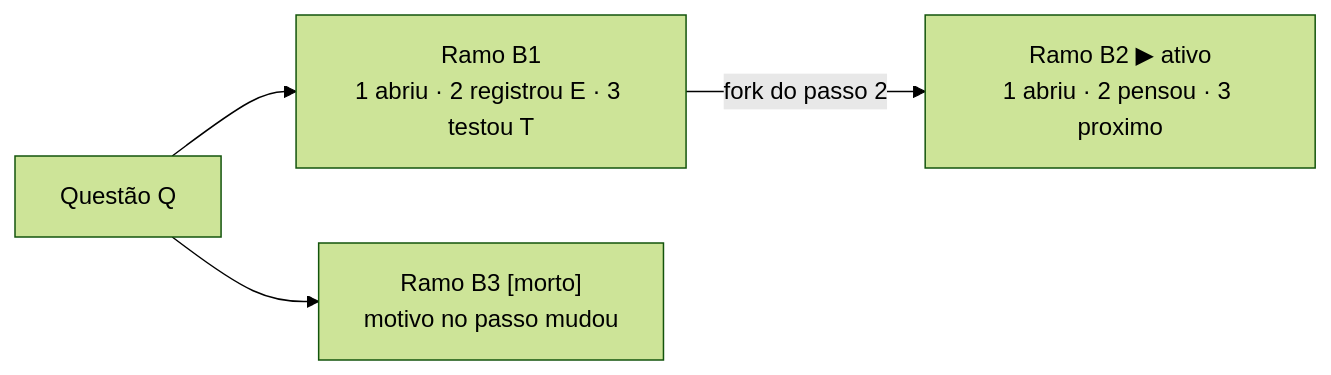
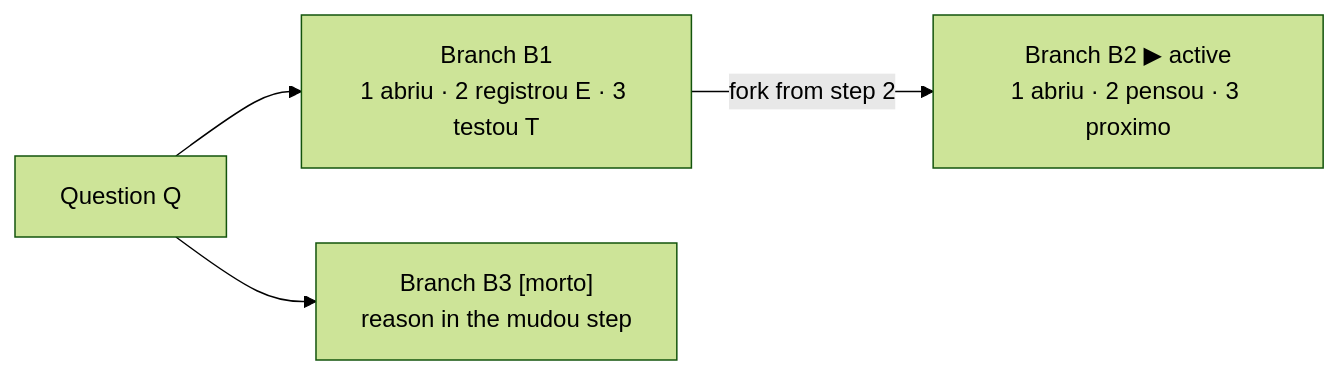
The third of 6 diagrams in MODELO.md (jhonymiler/holmes), drawn with Mermaid (forest theme) before and after one commit. The commit also changed other lines of this file and 34 other files, not shown here.

````diff
--- a/MODELO.md
+++ b/MODELO.md
@@ -76,6 +78,6 @@
 ```mermaid
 flowchart LR
-    Q["Questão Q"] --> B1["Ramo B1<br/>1 abriu · 2 registrou E · 3 testou T"]
-    B1 -- "fork do passo 2" --> B2["Ramo B2 ▶ ativo<br/>1 abriu · 2 pensou · 3 proximo"]
-    Q --> B3["Ramo B3 [morto]<br/>motivo no passo mudou"]
+    Q["Question Q"] --> B1["Branch B1<br/>1 abriu · 2 registrou E · 3 testou T"]
+    B1 -- "fork from step 2" --> B2["Branch B2 ▶ active<br/>1 abriu · 2 pensou · 3 proximo"]
+    Q --> B3["Branch B3 [morto]<br/>reason in the mudou step"]
 ```
````
